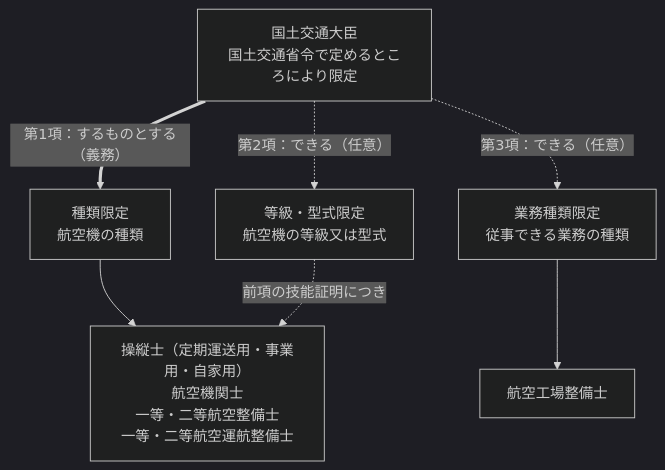
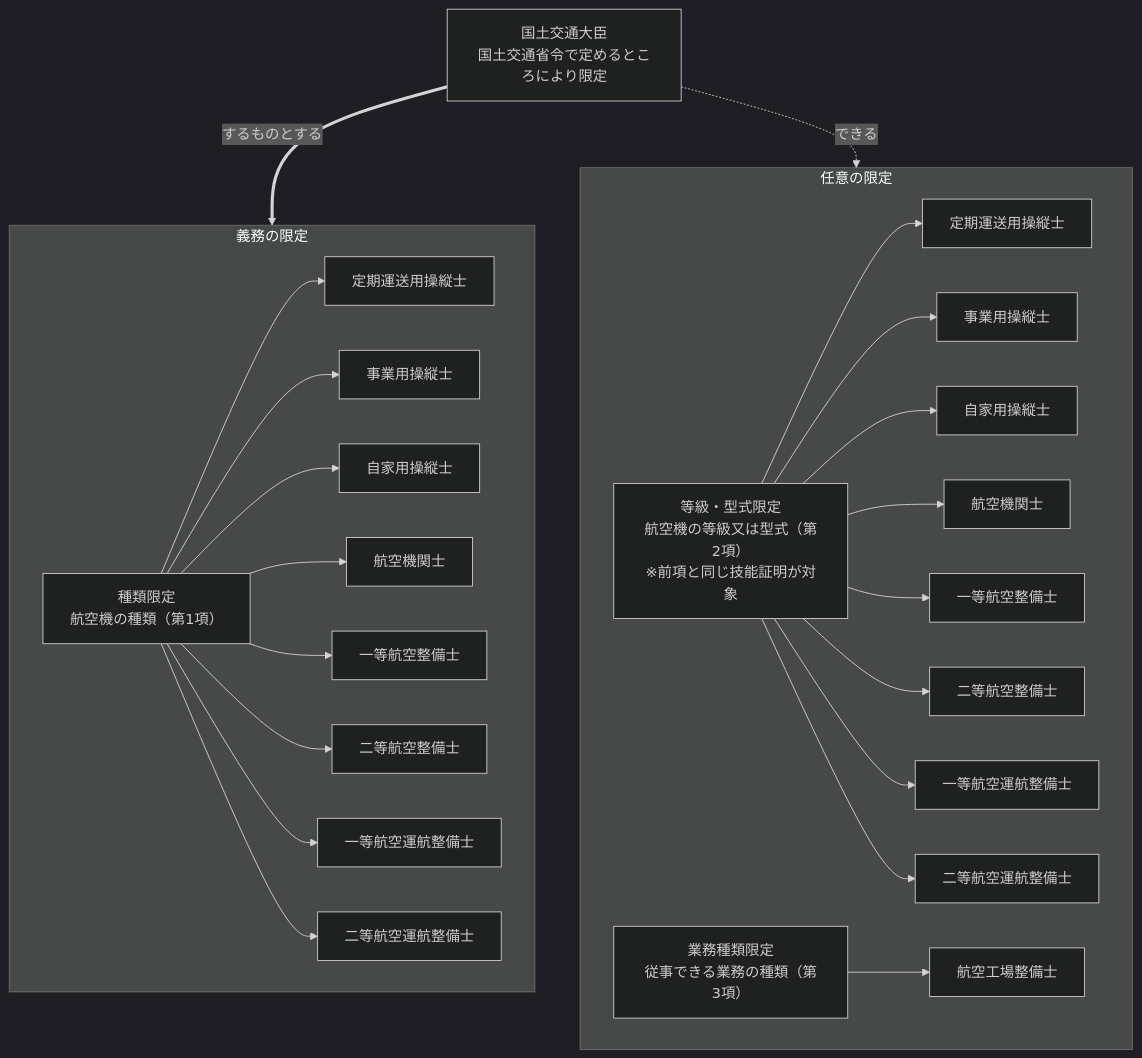
One commit to yonemotoBB/pil changed the second of 18 diagrams in chapters/04_第四章.md. Above: the diagram before and after it, drawn with Mermaid (dark theme).

Commit message:
第二十五条の図を義務/任意のサブグラフに再構成し対象資格をノード列挙

````diff
--- a/chapters/04_第四章.md
+++ b/chapters/04_第四章.md
@@ -207,12 +207,32 @@
 ```mermaid
 flowchart TD
     M["国土交通大臣<br>国土交通省令で定めるところにより限定"]
+    M == するものとする ==> 義務の限定
+    M -. できる .-> 任意の限定
 
-    M == 第1項：するものとする（義務） ==> G1["種類限定<br>航空機の種類"]
-    M -. 第2項：できる（任意） .-> G2["等級・型式限定<br>航空機の等級又は型式"]
-    M -. 第3項：できる（任意） .-> G3["業務種類限定<br>従事できる業務の種類"]
+    subgraph 義務の限定
+        G1["種類限定<br>航空機の種類（第1項）"]
+        G1 --> A1["定期運送用操縦士"]
+        G1 --> A2["事業用操縦士"]
+        G1 --> A3["自家用操縦士"]
+        G1 --> A4["航空機関士"]
+        G1 --> A5["一等航空整備士"]
+        G1 --> A6["二等航空整備士"]
+        G1 --> A7["一等航空運航整備士"]
+        G1 --> A8["二等航空運航整備士"]
+    end
 
-    G1 --> Q1["操縦士（定期運送用・事業用・自家用）<br>航空機関士<br>一等・二等航空整備士<br>一等・二等航空運航整備士"]
-    G2 -. 前項の技能証明につき .-> Q1
-    G3 --> Q2["航空工場整備士"]
+    subgraph 任意の限定
+        G2["等級・型式限定<br>航空機の等級又は型式（第2項）<br>※前項と同じ技能証明が対象"]
+        G2 --> B1["定期運送用操縦士"]
+        G2 --> B2["事業用操縦士"]
+        G2 --> B3["自家用操縦士"]
+        G2 --> B4["航空機関士"]
+        G2 --> B5["一等航空整備士"]
+        G2 --> B6["二等航空整備士"]
+        G2 --> B7["一等航空運航整備士"]
+        G2 --> B8["二等航空運航整備士"]
+        G3["業務種類限定<br>従事できる業務の種類（第3項）"]
+        G3 --> C1["航空工場整備士"]
+    end
 ```
````
